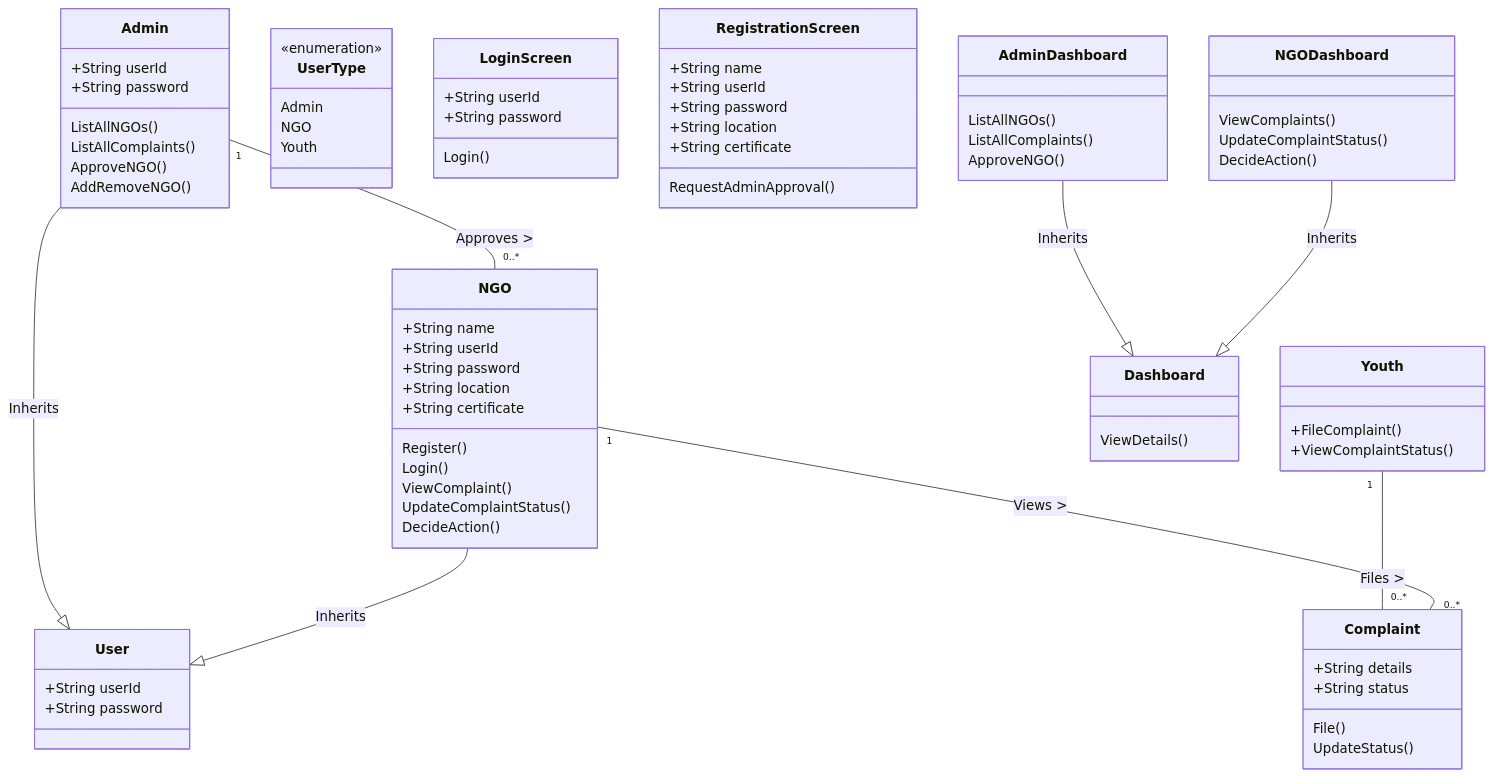
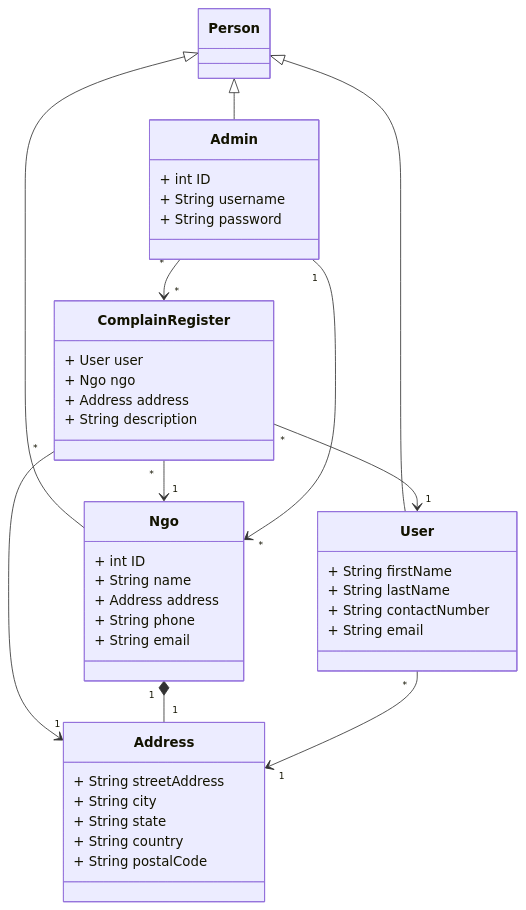
Before and after one commit to aaditshah18/BeaconForYouth: the diagram in docs/model.md, drawn with Mermaid. The commit also changed other lines of this file and 1 other file, not shown here.

Commit message:
Updated object model file and added complain api file

````diff
--- a/docs/model.md
+++ b/docs/model.md
@@ -3,97 +5,56 @@
-``` mermaid
+```mermaid
 ---
-Object Model for SafeHarbourYouth
+Object Model for SafeYouthHarbour
 ---
 classDiagram
-    class User {
-        +String userId
-        +String password
+    class Person{
+ 
     }
+    class Admin{
+        + int ID
+        + String username
+        + String password                           
+    }
+    class Ngo{
+        + int ID
+        + String name
+        + Address address
+        + String phone
+        + String email
+    }
+    class User{
+        + String firstName
+        + String lastName
+        + String contactNumber
+        + String email
+    }
+    class ComplainRegister{                        
+        + User user
+        + Ngo ngo
+        + Address address
+        + String description                        
+    }
+    class Address{
+        + String streetAddress
+        + String city
+        + String state
+        + String country
+        + String postalCode
+    }
+    
+    Person <|-- Admin 
+    Person <|-- Ngo 
+    Person <|-- User  
+    
+    ComplainRegister "*" --> "1" Ngo 
+    ComplainRegister "*" --> "1" User 
+    ComplainRegister "*" --> "1" Address 
+    
+    Admin "1" --> "*" Ngo 
+    Admin "*" --> "*" ComplainRegister 
+    
+    Ngo "1" *-- "1" Address 
+    User "*" --> "1" Address 
 
-    class Admin {
-        +String userId
-        +String password
-        ListAllNGOs()
-        ListAllComplaints()
-        ApproveNGO()
-        AddRemoveNGO()
-    }
-
-    class NGO {
-        +String name
-        +String userId
-        +String password
-        +String location
-        +String certificate
-        Register()
-        Login()
-        ViewComplaint()
-        UpdateComplaintStatus()
-        DecideAction()
-    }
-
-    class Youth {
-        +FileComplaint()
-        +ViewComplaintStatus()
-    }
-
-    Admin --|> User : Inherits
-    NGO --|> User : Inherits
-
-    class UserType {
-        <<enumeration>>
-        Admin
-        NGO
-        Youth
-    }
-
-    class LoginScreen {
-        +String userId
-        +String password
-        Login()
-    }
-
-    class RegistrationScreen {
-        +String name
-        +String userId
-        +String password
-        +String location
-        +String certificate
-        RequestAdminApproval()
-    }
-
-    class Complaint {
-        +String details
-        +String status
-        File()
-        UpdateStatus()
-    }
-
-    class Dashboard {
-        ViewDetails()
-    }
-
-    class AdminDashboard {
-        ListAllNGOs()
-        ListAllComplaints()
-        ApproveNGO()
-    }
-
-    class NGODashboard {
-        ViewComplaints()
-        UpdateComplaintStatus()
-        DecideAction()
-    }
-
-    AdminDashboard --|> Dashboard : Inherits
-    NGODashboard --|> Dashboard : Inherits
-
-    Youth "1" -- "0..*" Complaint : Files > 
-    NGO "1" -- "0..*" Complaint : Views > 
-    Admin "1" -- "0..*" NGO : Approves >
-
-
-
-
-
+ 
 ```
````
